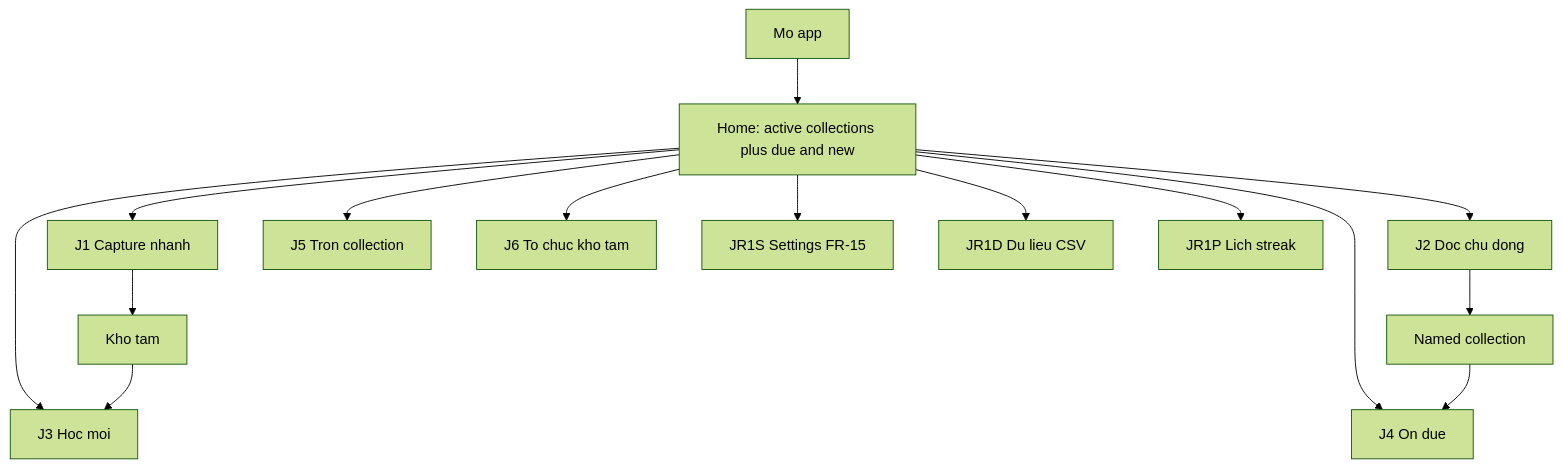
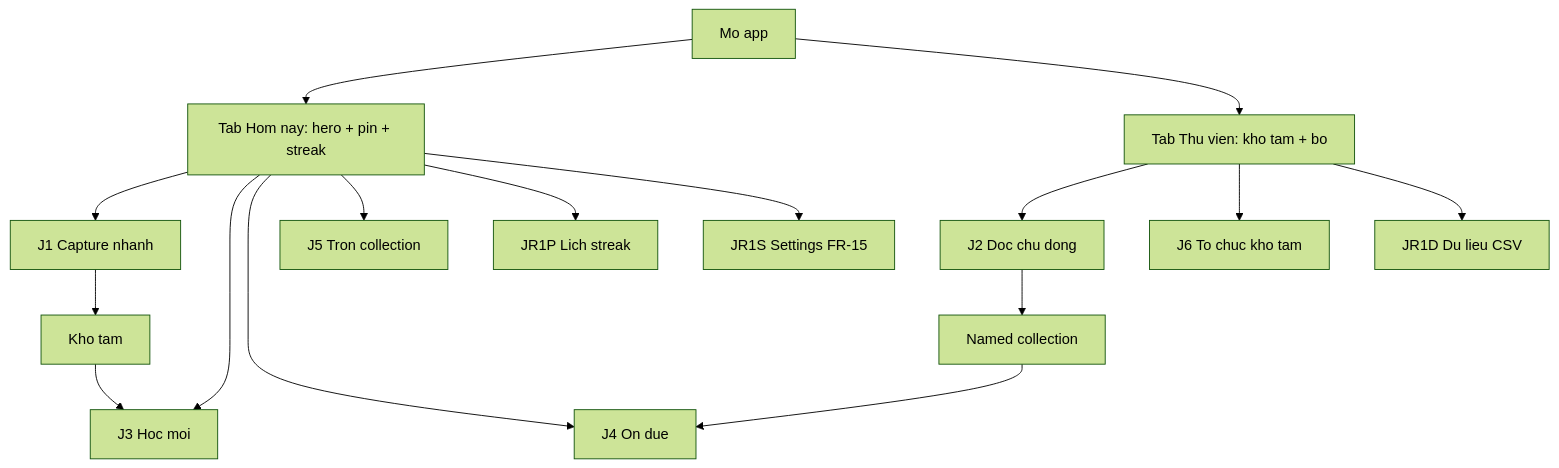
The first of 3 diagrams in docs/specs/journeys.md (venkyvn/reado), drawn with Mermaid (forest theme) before and after one commit. The commit also changed other lines of this file and 7 other files, not shown here.

````diff
--- a/docs/specs/journeys.md
+++ b/docs/specs/journeys.md
@@ -24,18 +28,19 @@
 ```mermaid
 flowchart TD
   openApp[Mo app]
-  openApp --> home[Home: active collections plus due and new]
-  home --> j1[J1 Capture nhanh]
-  home --> j2[J2 Doc chu dong]
-  home --> j3[J3 Hoc moi]
-  home --> j4[J4 On due]
-  home --> j5[J5 Tron collection]
-  home --> j6[J6 To chuc kho tam]
-  home --> jS[JR1S Settings FR-15]
-  home --> jD[JR1D Du lieu CSV]
-  home --> jP[JR1P Lich streak]
+  openApp --> today["Tab Hom nay: hero + pin + streak"]
+  openApp --> library["Tab Thu vien: kho tam + bo"]
+  today --> j1[J1 Capture nhanh]
+  today --> j3[J3 Hoc moi]
+  today --> j4[J4 On due]
+  today --> j5[J5 Tron collection]
+  today --> jP[JR1P Lich streak]
+  today --> jS[JR1S Settings FR-15]
+  library --> j2[J2 Doc chu dong]
+  library --> j6[J6 To chuc kho tam]
+  library --> jD[JR1D Du lieu CSV]
   j1 --> khoTam[Kho tam]
   j2 --> namedCol[Named collection]
   khoTam --> j3
   namedCol --> j4
 ```
````
